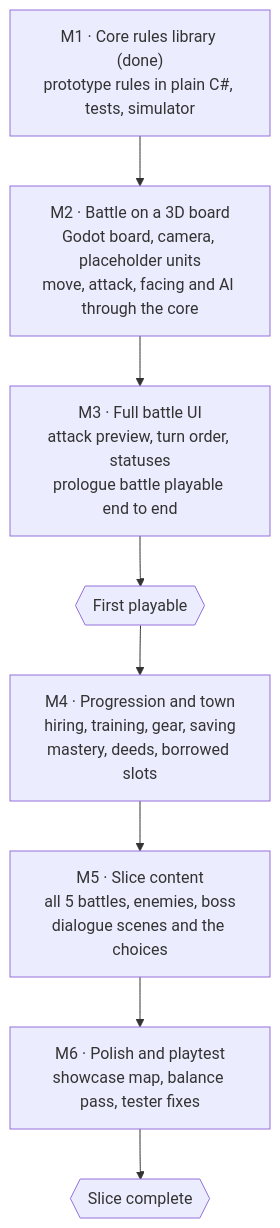
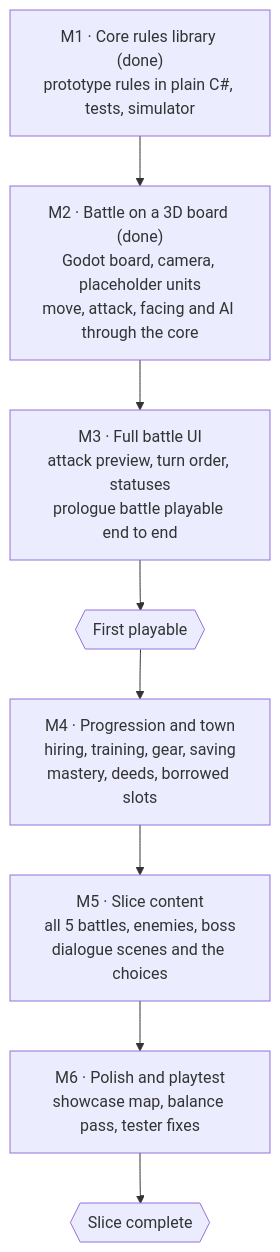
One commit to darkcrux/undercurrent changed the diagram in docs/vertical-slice.md. Above: the diagram before and after it, drawn with Mermaid. The commit also changed 26 other files, not shown here.

First line of the commit message:
Add the Godot battle on a 3D board (M2)

````diff
--- a/docs/vertical-slice.md
+++ b/docs/vertical-slice.md
@@ -123,10 +123,10 @@
 ```mermaid
 flowchart TB
-    M1["M1 · Core rules library (done)<br/>prototype rules in plain C#, tests, simulator"] --> M2["M2 · Battle on a 3D board<br/>Godot board, camera, placeholder units<br/>move, attack, facing and AI through the core"]
+    M1["M1 · Core rules library (done)<br/>prototype rules in plain C#, tests, simulator"] --> M2["M2 · Battle on a 3D board (done)<br/>Godot board, camera, placeholder units<br/>move, attack, facing and AI through the core"]
     M2 --> M3["M3 · Full battle UI<br/>attack preview, turn order, statuses<br/>prologue battle playable end to end"]
     M3 --> G1{{"First playable"}}
     G1 --> M4["M4 · Progression and town<br/>hiring, training, gear, saving<br/>mastery, deeds, borrowed slots"]
     M4 --> M5["M5 · Slice content<br/>all 5 battles, enemies, boss<br/>dialogue scenes and the choices"]
     M5 --> M6["M6 · Polish and playtest<br/>showcase map, balance pass, tester fixes"]
     M6 --> G2{{"Slice complete"}}
 ```
````
